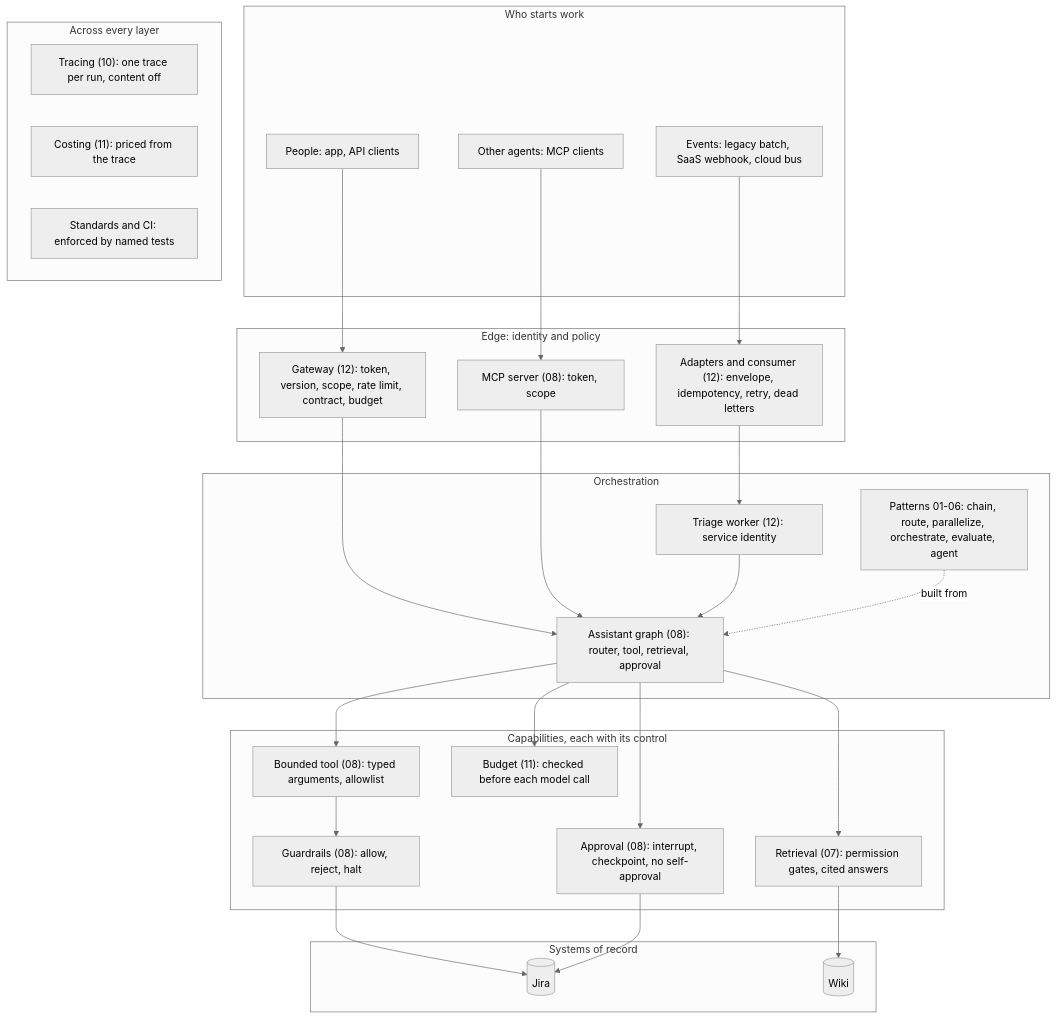
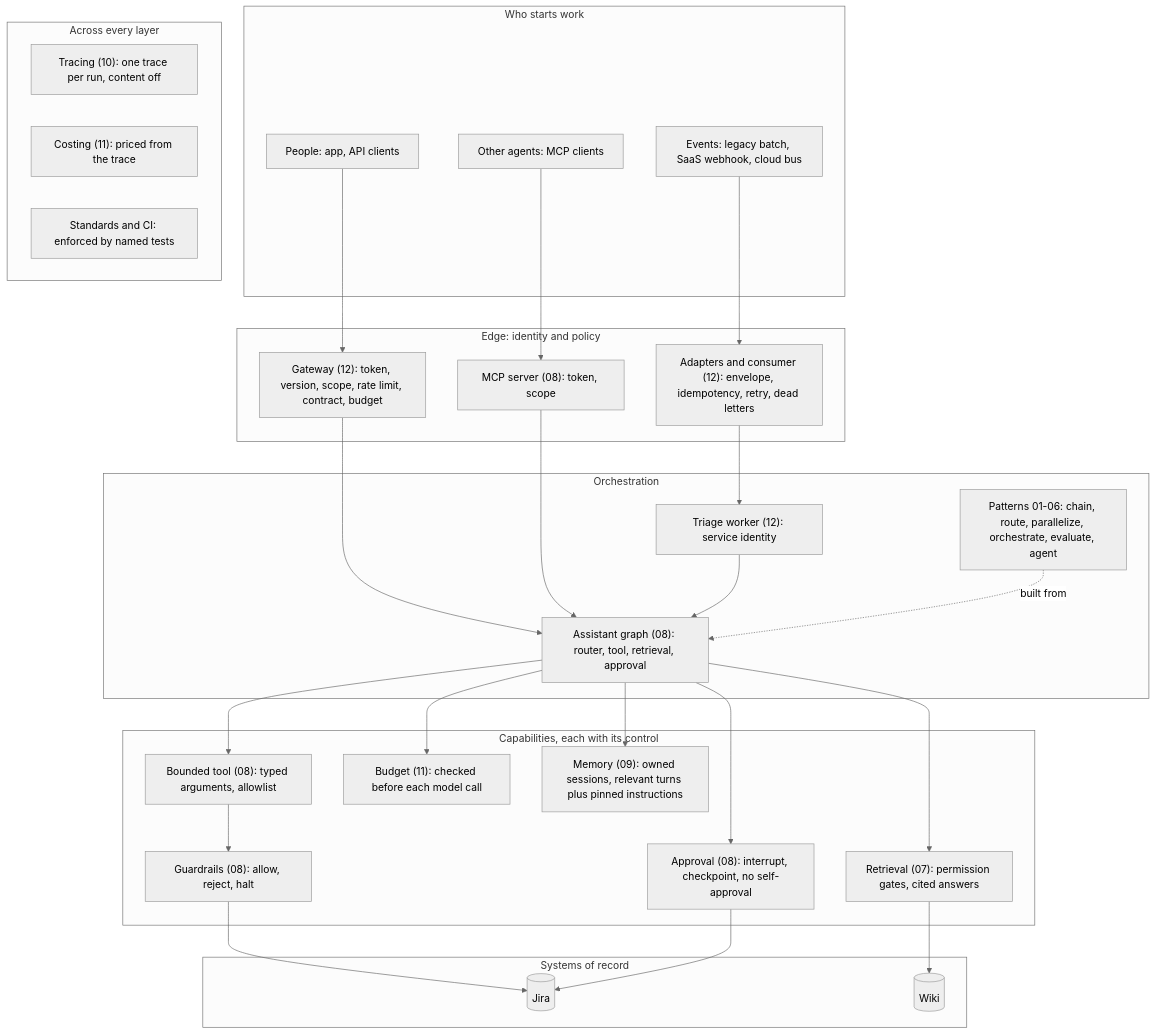
Before and after one commit to LNLugo/anthropic-agent-patterns: the diagram in docs/architecture/reference-architecture.md, drawn with Mermaid (neutral theme). The commit also changed other lines of this file and 31 other files, not shown here.

````diff
--- a/docs/architecture/reference-architecture.md
+++ b/docs/architecture/reference-architecture.md
@@ -10,42 +10,44 @@
 ```mermaid
 flowchart TB
     subgraph entry[Who starts work]
         U[People: app, API clients]
         A[Other agents: MCP clients]
         E[Events: legacy batch, SaaS webhook, cloud bus]
     end
     subgraph edge[Edge: identity and policy]
         G["Gateway (12): token, version, scope, rate limit, contract, budget"]
         M["MCP server (08): token, scope"]
         IN["Adapters and consumer (12): envelope, idempotency, retry, dead letters"]
     end
     subgraph orchestration[Orchestration]
         P["Patterns 01-06: chain, route, parallelize, orchestrate, evaluate, agent"]
         AS["Assistant graph (08): router, tool, retrieval, approval"]
         T["Triage worker (12): service identity"]
     end
     subgraph capability[Capabilities, each with its control]
         R["Retrieval (07): permission gates, cited answers"]
         TL["Bounded tool (08): typed arguments, allowlist"]
         GR["Guardrails (08): allow, reject, halt"]
         AP["Approval (08): interrupt, checkpoint, no self-approval"]
         B["Budget (11): checked before each model call"]
+        MEM["Memory (09): owned sessions, relevant turns plus pinned instructions"]
     end
     subgraph sor[Systems of record]
         J[(Jira)]
         W[(Wiki)]
     end
     subgraph cross[Across every layer]
         O["Tracing (10): one trace per run, content off"]
         F["Costing (11): priced from the trace"]
         S["Standards and CI: enforced by named tests"]
     end
     U --> G --> AS
     A --> M --> AS
     E --> IN --> T --> AS
     AS --> TL --> GR --> J
     AS --> R --> W
     AS --> AP --> J
     AS --> B
+    AS --> MEM
     P -. "built from" .-> AS
 ```
````
